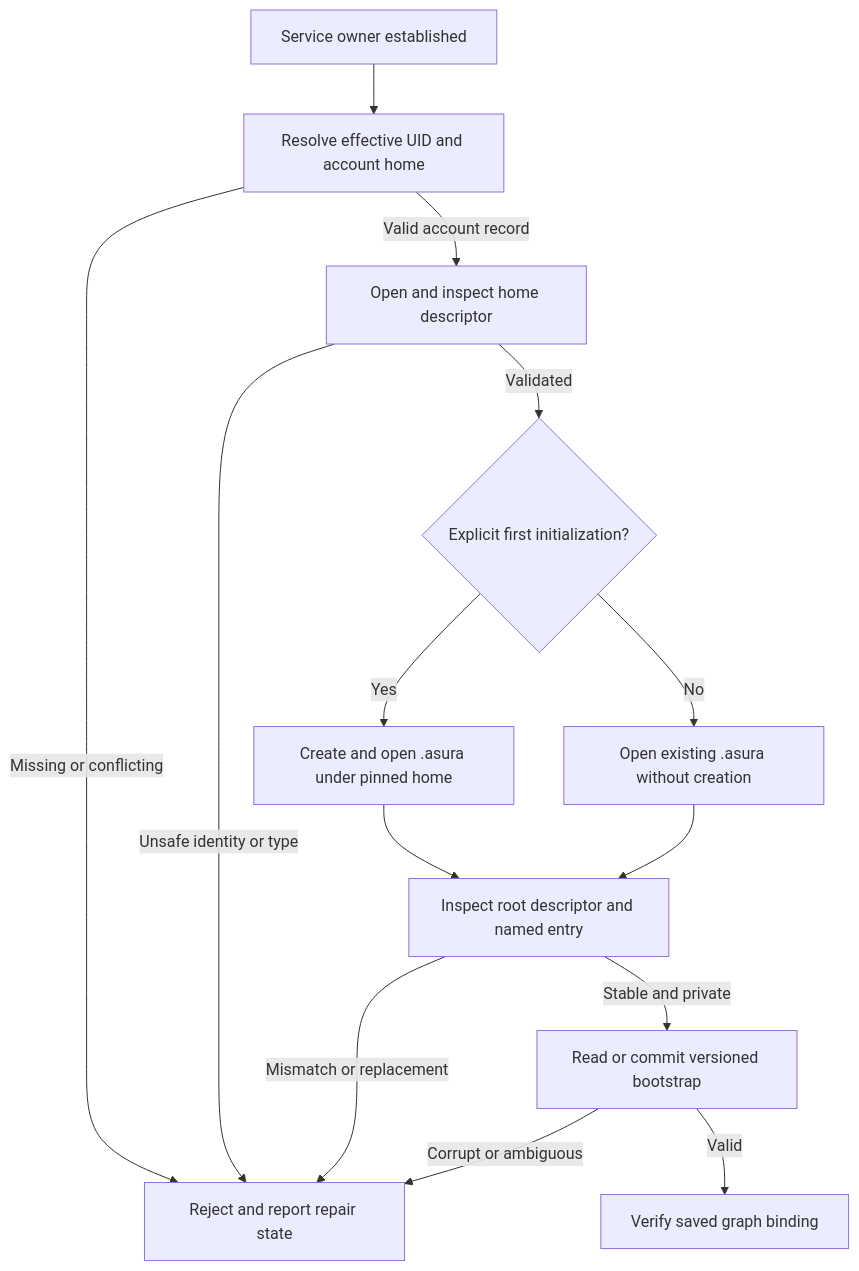
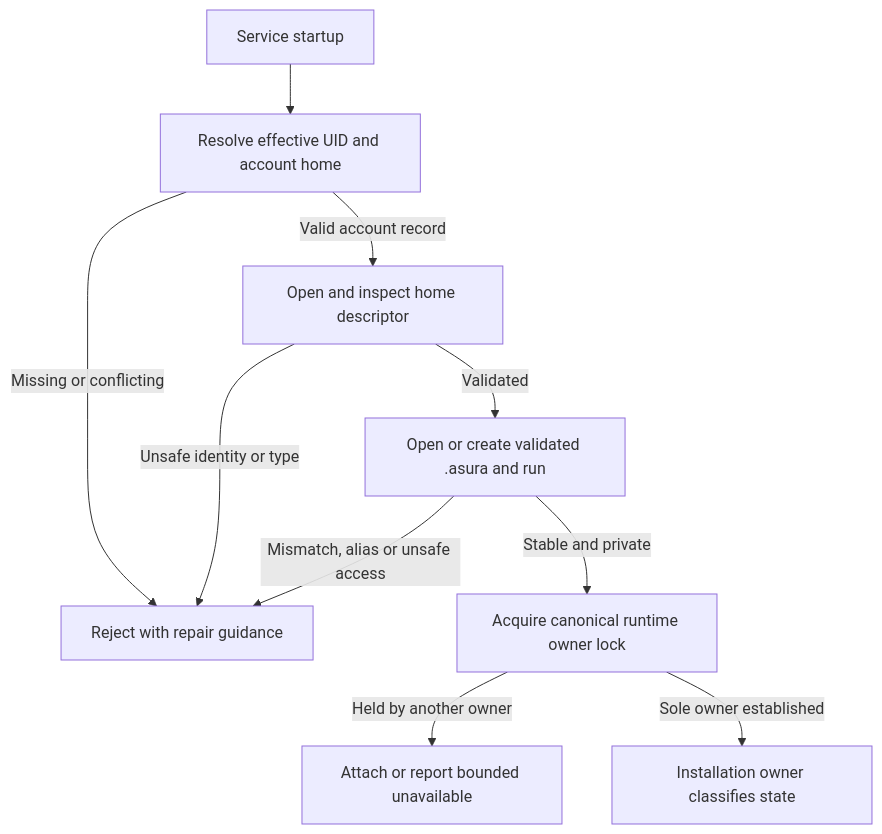
Before and after one commit to pidster/asura: the second of 4 diagrams in docs/designs/platform-capabilities.md, drawn with Mermaid. The commit also changed other lines of this file and 246 other files, not shown here.

Commit message:
Integrate Asura service, TUI, model helper, and designs

````diff
--- a/docs/designs/platform-capabilities.md
+++ b/docs/designs/platform-capabilities.md
@@ -93,16 +107,12 @@
 ```mermaid
 flowchart TD
-    Start["Service owner established"] --> Account["Resolve effective UID and account home"]
-    Account -->|Missing or conflicting| Reject["Reject and report repair state"]
-    Account -->|Valid account record| OpenHome["Open and inspect home descriptor"]
-    OpenHome -->|Unsafe identity or type| Reject
-    OpenHome -->|Validated| Existing{"Explicit first initialization?"}
-    Existing -->|Yes| Create["Create and open .asura under pinned home"]
-    Existing -->|No| Reopen["Open existing .asura without creation"]
-    Create --> Inspect["Inspect root descriptor and named entry"]
-    Reopen --> Inspect
-    Inspect -->|Mismatch or replacement| Reject
-    Inspect -->|Stable and private| Bootstrap["Read or commit versioned bootstrap"]
-    Bootstrap -->|Corrupt or ambiguous| Reject
-    Bootstrap -->|Valid| Verify["Verify saved graph binding"]
+    Start["Service startup"] --> Account["Resolve effective UID and account home"]
+    Account -->|Missing or conflicting| Reject["Reject with repair guidance"]
+    Account -->|Valid account record| Home["Open and inspect home descriptor"]
+    Home -->|Unsafe identity or type| Reject
+    Home -->|Validated| Root["Open or create validated .asura and run"]
+    Root -->|Mismatch, alias or unsafe access| Reject
+    Root -->|Stable and private| Lock["Acquire canonical runtime owner lock"]
+    Lock -->|Held by another owner| Attach["Attach or report bounded unavailable"]
+    Lock -->|Sole owner established| Inspect["Installation owner classifies state"]
 ```
````
